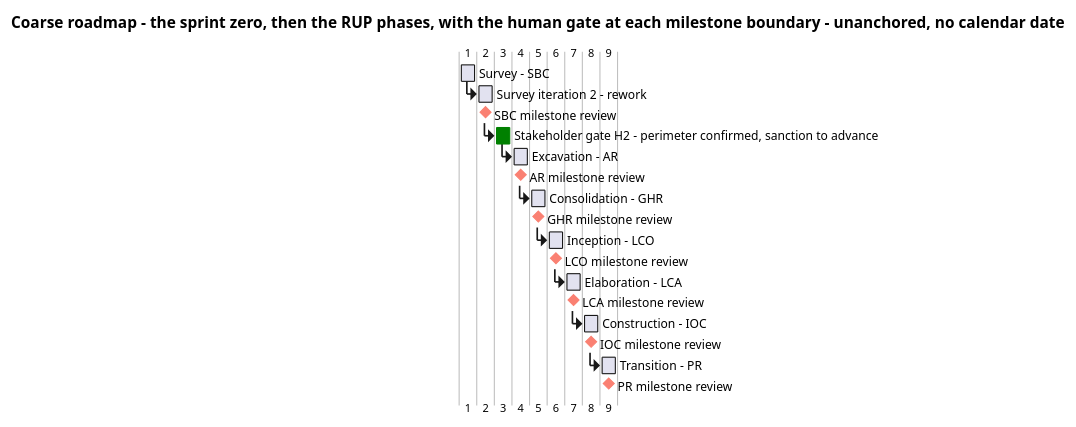
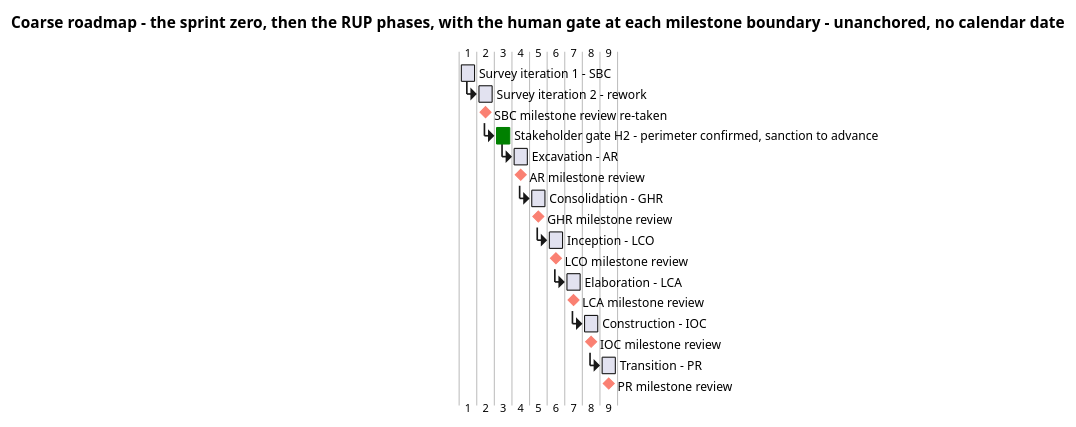
One commit to banense-test/TodoApp changed the first of 3 diagrams in docs/artifacts/project-management/iteration-plan.md. Above: the diagram before and after it, drawn with PlantUML. The commit also changed other lines of this file, not shown here.

First line of the commit message:
Project Manager [Survey2]: upsert Iteration Plan

````diff
--- a/docs/artifacts/project-management/iteration-plan.md
+++ b/docs/artifacts/project-management/iteration-plan.md
@@ -34,38 +34,38 @@
 ```plantuml
 @startgantt
 title Coarse roadmap - the sprint zero, then the RUP phases, with the human gate at each milestone boundary - unanchored, no calendar date
 
-[Survey - SBC] lasts 1 day
+[Survey iteration 1 - SBC] lasts 1 day
 [Survey iteration 2 - rework] lasts 1 day
-[Survey iteration 2 - rework] starts at [Survey - SBC]'s end
-[SBC milestone review] happens at [Survey iteration 2 - rework]'s end
-[SBC milestone review] is colored in Salmon
+[Survey iteration 2 - rework] starts at [Survey iteration 1 - SBC]'s end
+[SBC milestone review re-taken] happens at [Survey iteration 2 - rework]'s end
+[SBC milestone review re-taken] is colored in Salmon
 [Stakeholder gate H2 - perimeter confirmed, sanction to advance] lasts 1 day
-[Stakeholder gate H2 - perimeter confirmed, sanction to advance] starts at [SBC milestone review]'s end
+[Stakeholder gate H2 - perimeter confirmed, sanction to advance] starts at [SBC milestone review re-taken]'s end
 [Stakeholder gate H2 - perimeter confirmed, sanction to advance] is colored in Green
 [Excavation - AR] lasts 1 day
 [Excavation - AR] starts at [Stakeholder gate H2 - perimeter confirmed, sanction to advance]'s end
 [AR milestone review] happens at [Excavation - AR]'s end
 [AR milestone review] is colored in Salmon
 [Consolidation - GHR] lasts 1 day
 [Consolidation - GHR] starts at [AR milestone review]'s end
 [GHR milestone review] happens at [Consolidation - GHR]'s end
 [GHR milestone review] is colored in Salmon
 [Inception - LCO] lasts 1 day
 [Inception - LCO] starts at [GHR milestone review]'s end
 [LCO milestone review] happens at [Inception - LCO]'s end
 [LCO milestone review] is colored in Salmon
 [Elaboration - LCA] lasts 1 day
 [Elaboration - LCA] starts at [LCO milestone review]'s end
 [LCA milestone review] happens at [Elaboration - LCA]'s end
 [LCA milestone review] is colored in Salmon
 [Construction - IOC] lasts 1 day
 [Construction - IOC] starts at [LCA milestone review]'s end
 [IOC milestone review] happens at [Construction - IOC]'s end
 [IOC milestone review] is colored in Salmon
 [Transition - PR] lasts 1 day
 [Transition - PR] starts at [IOC milestone review]'s end
 [PR milestone review] happens at [Transition - PR]'s end
 [PR milestone review] is colored in Salmon
 @endgantt
 ```
````
